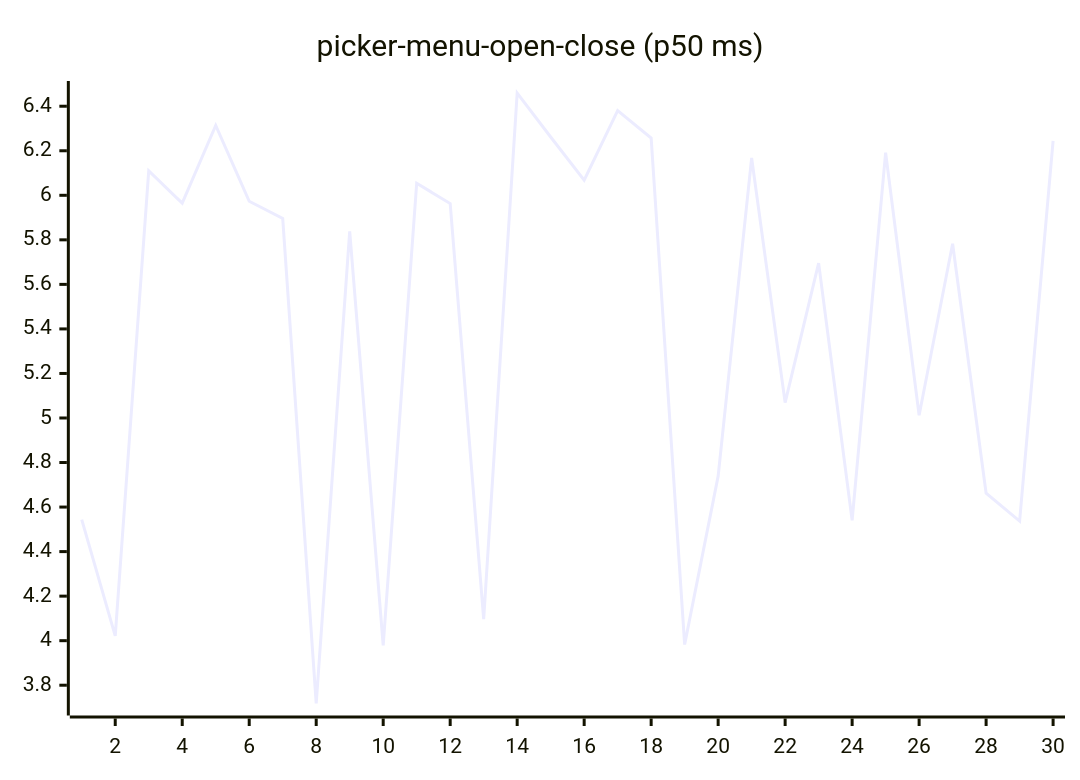
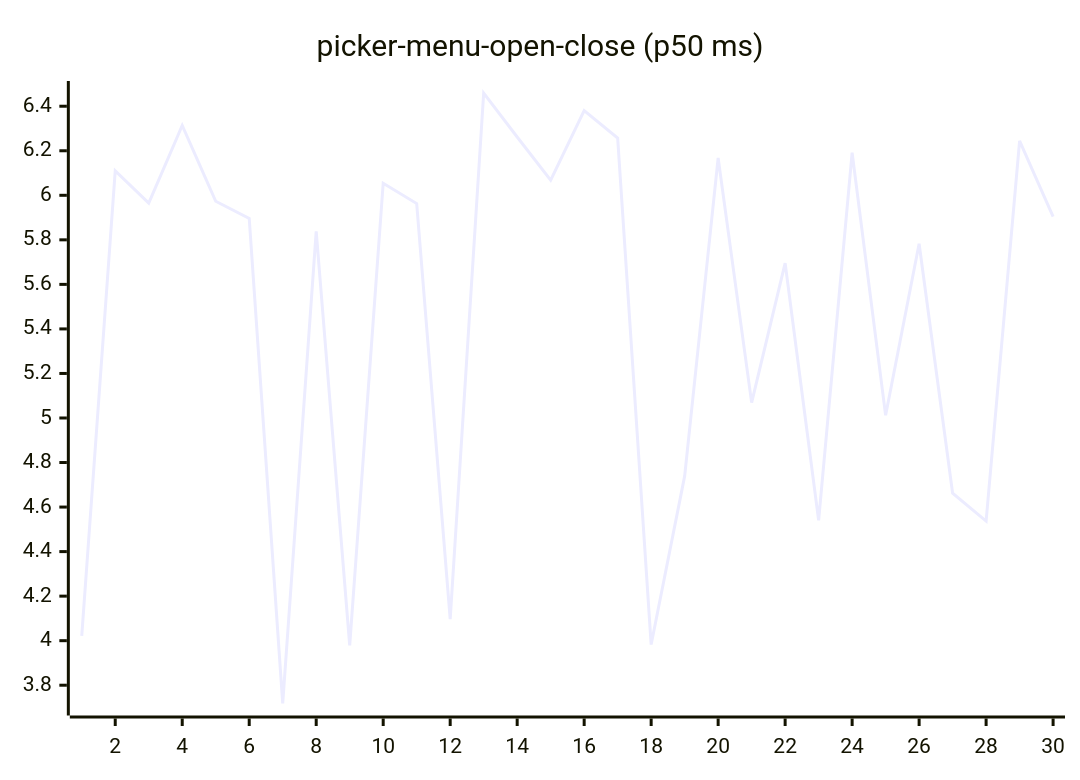
One commit to josha/Facet changed diagram 16 of 27 in README.md. Above: the diagram before and after it, drawn with Mermaid. The commit also changed other lines of this file and 2 other files, not shown here.

````diff
--- a/README.md
+++ b/README.md
@@ -168,6 +168,6 @@
 ```mermaid
 xychart-beta
     title "picker-menu-open-close (p50 ms)"
     x-axis 1 --> 30
-    line [4.5439, 4.0216, 6.1100, 5.9646, 6.3137, 5.9733, 5.8960, 3.7179, 5.8378, 3.9788, 6.0543, 5.9629, 4.0972, 6.4594, 6.2618, 6.0678, 6.3801, 6.2569, 3.9826, 4.7388, 6.1676, 5.0690, 5.6954, 4.5402, 6.1912, 5.0120, 5.7822, 4.6627, 4.5372, 6.2442]
+    line [4.0216, 6.1100, 5.9646, 6.3137, 5.9733, 5.8960, 3.7179, 5.8378, 3.9788, 6.0543, 5.9629, 4.0972, 6.4594, 6.2618, 6.0678, 6.3801, 6.2569, 3.9826, 4.7388, 6.1676, 5.0690, 5.6954, 4.5402, 6.1912, 5.0120, 5.7822, 4.6627, 4.5372, 6.2442, 5.9038]
 ```
````
